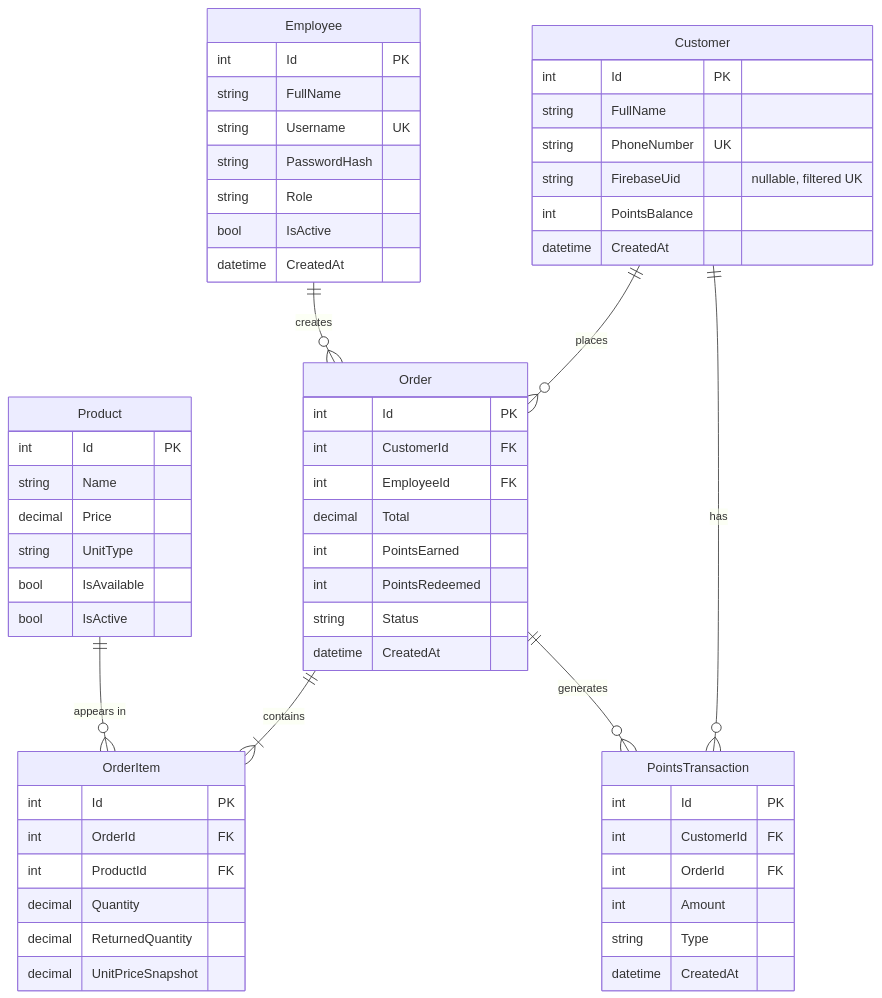
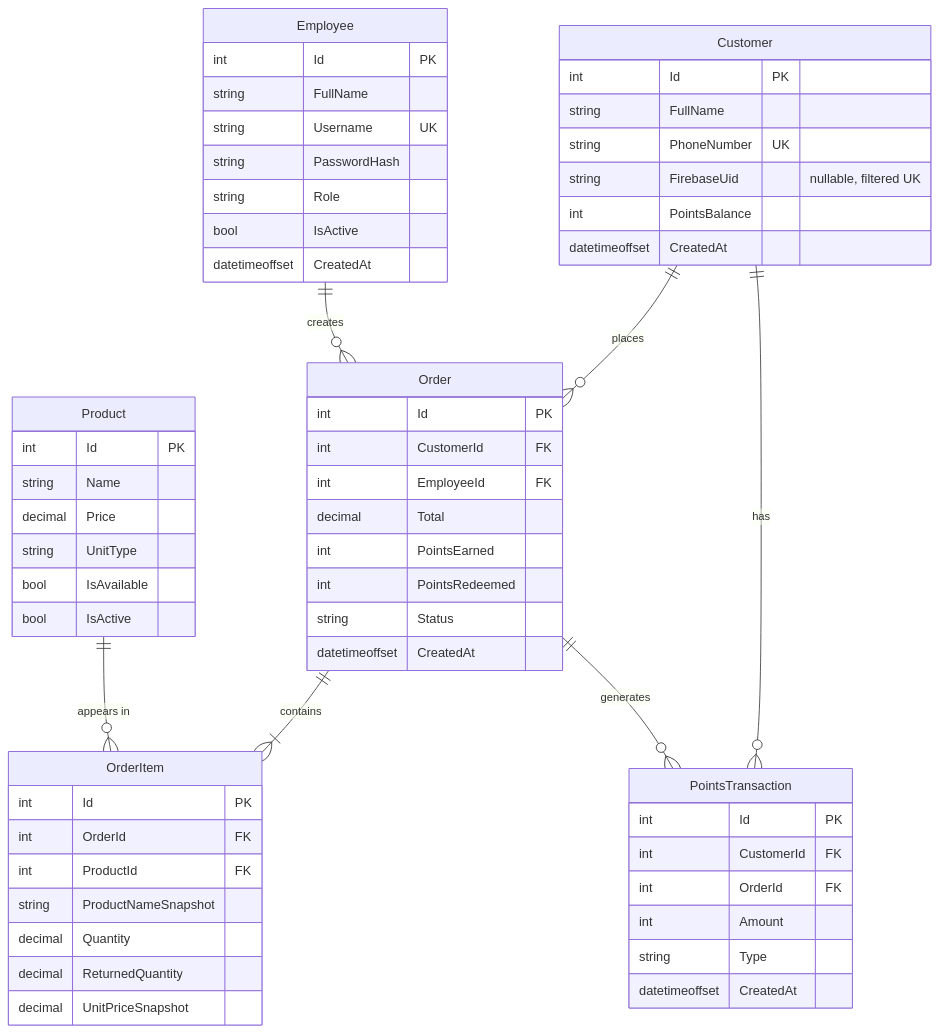
One commit to Mohammad-abdelhadi-2006/coffee-loyalty-system changed the diagram in docs/ERD.md. Above: the diagram before and after it, drawn with Mermaid. The commit also changed other lines of this file and 13 other files, not shown here.

````diff
--- a/docs/ERD.md
+++ b/docs/ERD.md
@@ -3,61 +3,62 @@
 ```mermaid
 erDiagram
     Customer {
         int Id PK
         string FullName
         string PhoneNumber UK
         string FirebaseUid "nullable, filtered UK"
         int PointsBalance
-        datetime CreatedAt
+        datetimeoffset CreatedAt
     }
     Employee {
         int Id PK
         string FullName
         string Username UK
         string PasswordHash
         string Role
         bool IsActive
-        datetime CreatedAt
+        datetimeoffset CreatedAt
     }
     Product {
         int Id PK
         string Name
         decimal Price
         string UnitType
         bool IsAvailable
         bool IsActive
     }
     Order {
         int Id PK
         int CustomerId FK
         int EmployeeId FK
         decimal Total
         int PointsEarned
         int PointsRedeemed
         string Status
-        datetime CreatedAt
+        datetimeoffset CreatedAt
     }
     OrderItem {
         int Id PK
         int OrderId FK
         int ProductId FK
+        string ProductNameSnapshot
         decimal Quantity
         decimal ReturnedQuantity
         decimal UnitPriceSnapshot
     }
     PointsTransaction {
         int Id PK
         int CustomerId FK
         int OrderId FK
         int Amount
         string Type
-        datetime CreatedAt
+        datetimeoffset CreatedAt
     }
 
     Customer ||--o{ Order : places
     Employee ||--o{ Order : creates
     Order ||--|{ OrderItem : contains
     Product ||--o{ OrderItem : "appears in"
     Customer ||--o{ PointsTransaction : has
     Order ||--o{ PointsTransaction : generates
 ```
````
